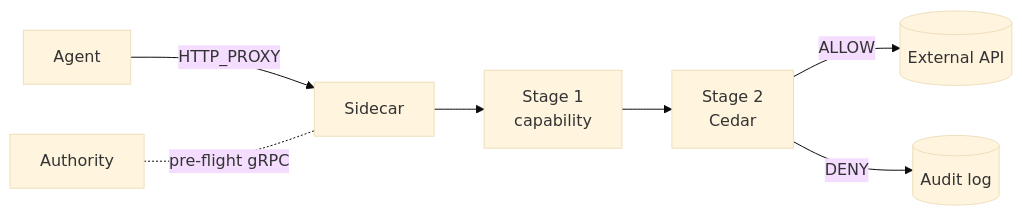
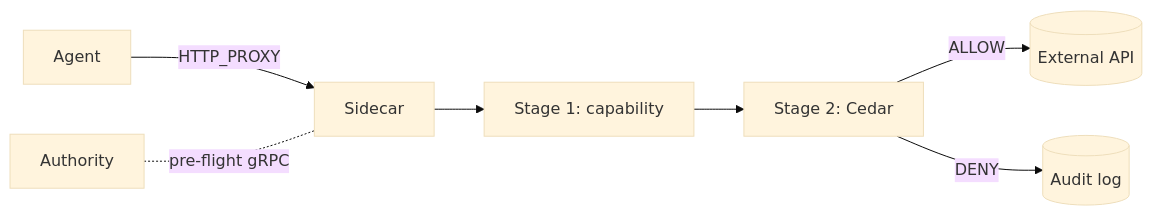
One commit to Firma-AI/openfirma changed the diagram in README.md. Above: the diagram before and after it, drawn with Mermaid (base theme). The commit also changed other lines of this file and 9 other files, not shown here.

````diff
--- a/README.md
+++ b/README.md
@@ -33,9 +62,9 @@
 ```mermaid
 flowchart LR
     Agent -->|HTTP_PROXY| Sidecar
-    Sidecar --> S1[Stage 1<br/>capability]
-    S1 --> S2[Stage 2<br/>Cedar]
+    Sidecar --> S1[Stage 1: capability]
+    S1 --> S2[Stage 2: Cedar]
     S2 -- ALLOW --> Ext[(External API)]
     S2 -- DENY --> Audit[(Audit log)]
     Authority -. pre-flight gRPC .- Sidecar
 ```
````
